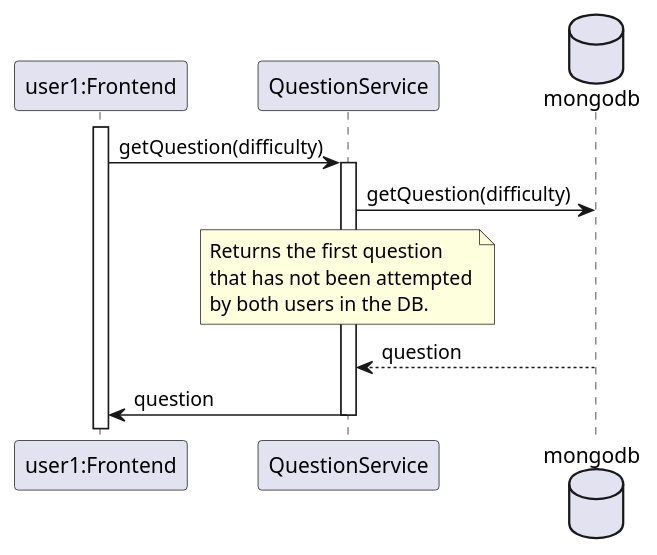
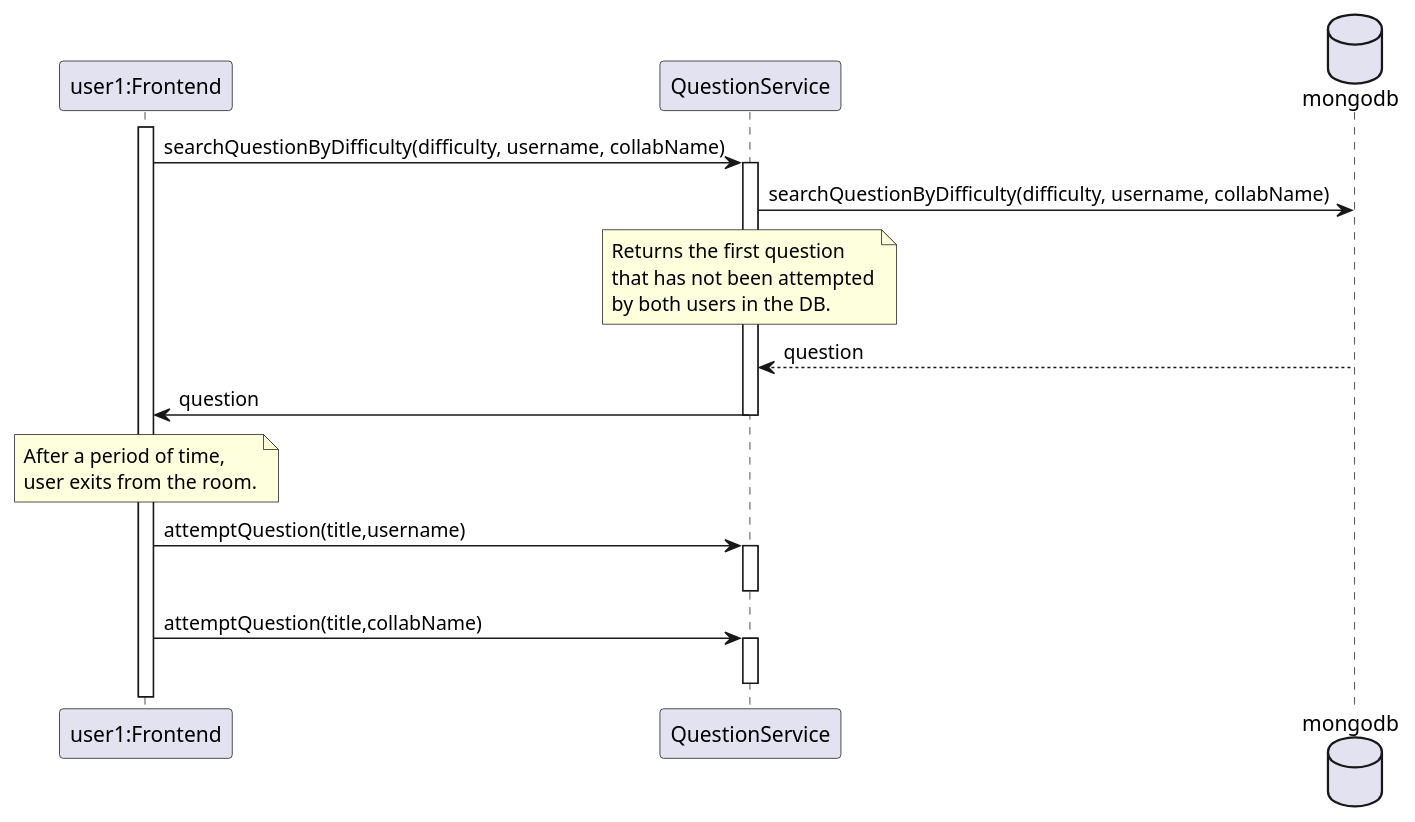
One commit to CS3219-AY2223S1/cs3219-project-ay2223s1-g7 changed the diagram in diagrams/sequence-diagrams/question-get.puml. Above: the diagram before and after it, drawn with PlantUML.

Commit message:
getting a question

```diff
--- a/diagrams/sequence-diagrams/question-get.puml
+++ b/diagrams/sequence-diagrams/question-get.puml
@@ -1,29 +1,40 @@
 @startuml matching-disconnect
 
 participant "user1:Frontend" as user1
 participant QuestionService
 database mongodb
 
 activate user1
-user1 -> QuestionService: getQuestion(difficulty)
+user1 -> QuestionService: searchQuestionByDifficulty(difficulty, username, collabName)
 activate QuestionService
 
 
-QuestionService -> mongodb: getQuestion(difficulty)
+QuestionService -> mongodb: searchQuestionByDifficulty(difficulty, username, collabName)
 
 note over QuestionService
     Returns the first question 
     that has not been attempted
     by both users in the DB.
 end note
 
 mongodb --> QuestionService: question
 
-
-
 QuestionService -> user1: question
-
 
 deactivate QuestionService
 
+
+note over user1
+    After a period of time, 
+    user exits from the room.
+end note
+
+user1 -> QuestionService: attemptQuestion(title,username)
+activate QuestionService
+deactivate QuestionService
+user1 -> QuestionService: attemptQuestion(title,collabName)
+activate QuestionService
+deactivate QuestionService
+
+
 @enduml
```
